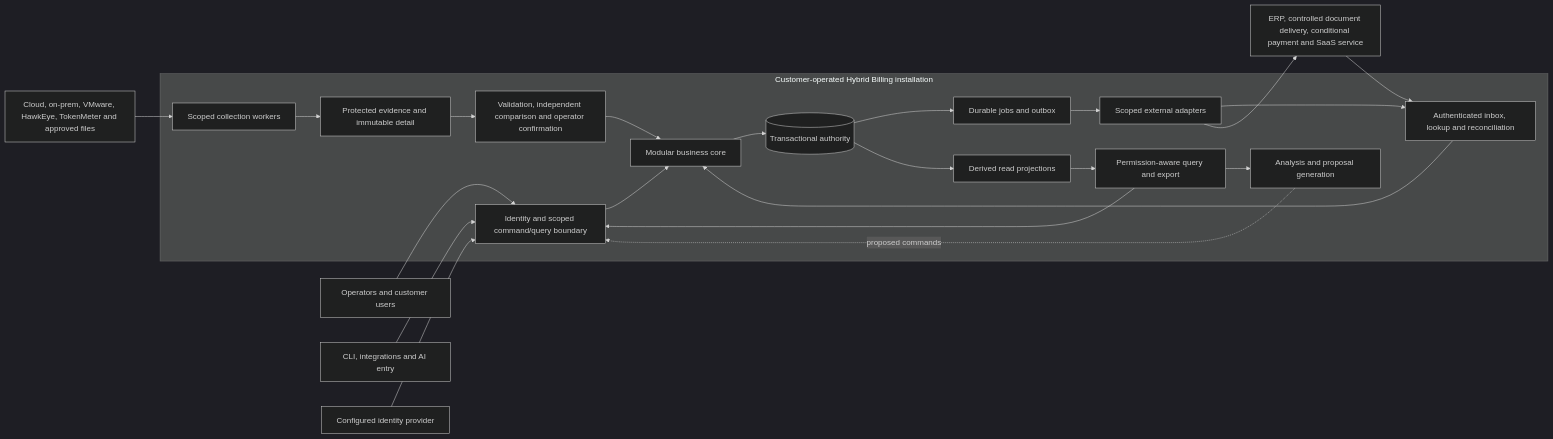
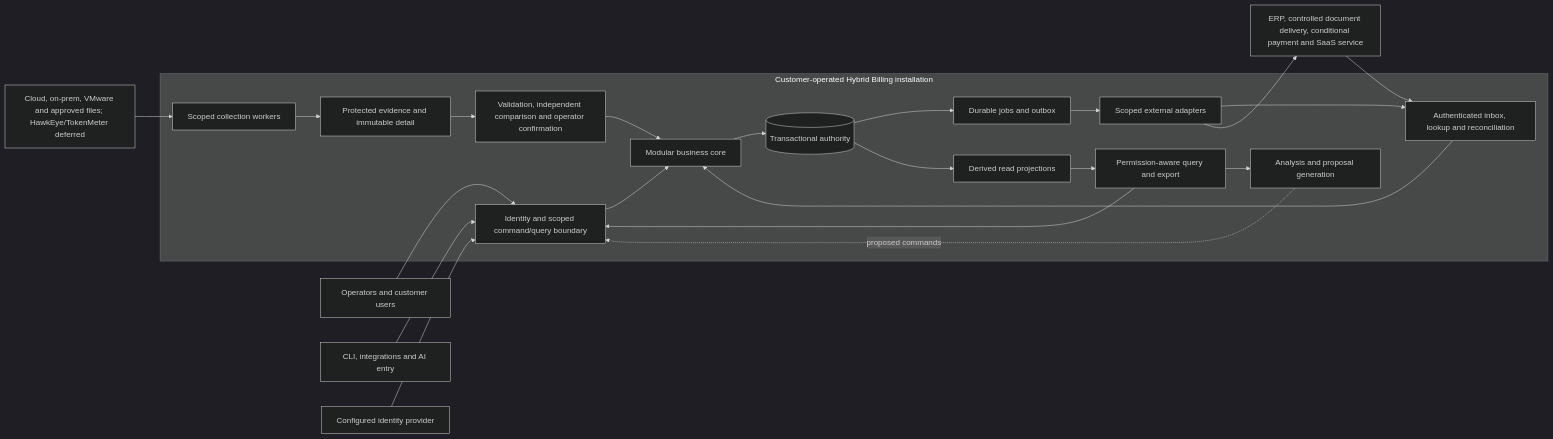
One commit to myblueton-sw/hybrid_billing changed the second of 3 diagrams in docs/architecture/high-level-architecture.md. Above: the diagram before and after it, drawn with Mermaid (dark theme). The commit also changed other lines of this file and 3 other files, not shown here.

````diff
--- a/docs/architecture/high-level-architecture.md
+++ b/docs/architecture/high-level-architecture.md
@@ -26,25 +99,25 @@
 ```mermaid
 flowchart LR
     Users[Operators and customer users] --> Access[Identity and scoped command/query boundary]
     Clients[CLI, integrations and AI entry] --> Access
     IdP[Configured identity provider] --> Access
-    Sources[Cloud, on-prem, VMware, HawkEye, TokenMeter and approved files] --> Ingest
+    Sources[Cloud, on-prem, VMware and approved files; HawkEye/TokenMeter deferred] --> Ingest
     subgraph Install[Customer-operated Hybrid Billing installation]
         Access --> Core[Modular business core]
         Ingest[Scoped collection workers] --> Evidence[Protected evidence and immutable detail]
         Evidence --> Inputs[Validation, independent comparison and operator confirmation]
         Inputs --> Core
         Core --> Tx[(Transactional authority)]
         Tx --> Jobs[Durable jobs and outbox]
         Jobs --> Adapters[Scoped external adapters]
         Adapters --> Results[Authenticated inbox, lookup and reconciliation]
         Results --> Core
         Tx --> Reads[Derived read projections]
         Reads --> Queries[Permission-aware query and export]
         Queries --> Access
         Queries --> Intelligence[Analysis and proposal generation]
         Intelligence -. proposed commands .-> Access
     end
     Adapters --> Dest[ERP, controlled document delivery, conditional payment and SaaS service]
     Dest --> Results
 ```
````
